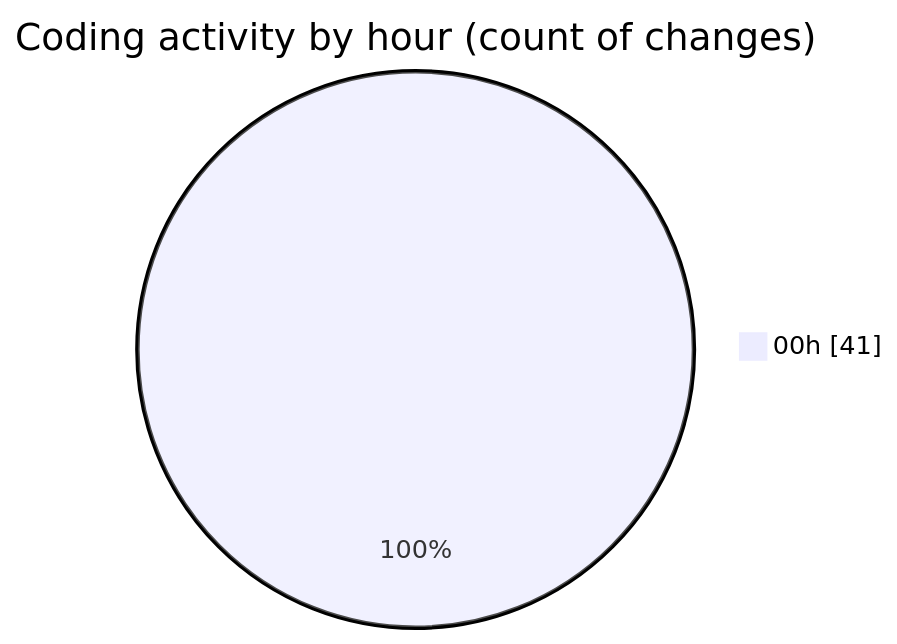
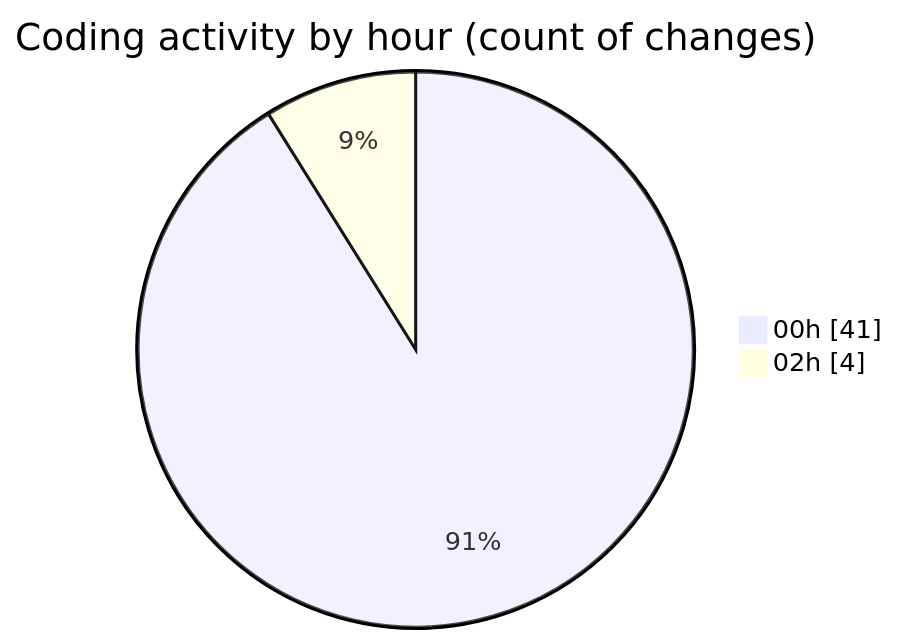
One commit to hasnaa123/code-tracking changed the second of 2 diagrams in 2026-02-21/student_performance_system/README.md. Above: the diagram before and after it, drawn with Mermaid. The commit also changed other lines of this file and 1 other file, not shown here.

````diff
--- a/2026-02-21/student_performance_system/README.md
+++ b/2026-02-21/student_performance_system/README.md
@@ -28,5 +28,6 @@
 ```mermaid
 pie showData
 title Coding activity by hour (count of changes)
 "00h" : 41
+"02h" : 4
 ```
````
